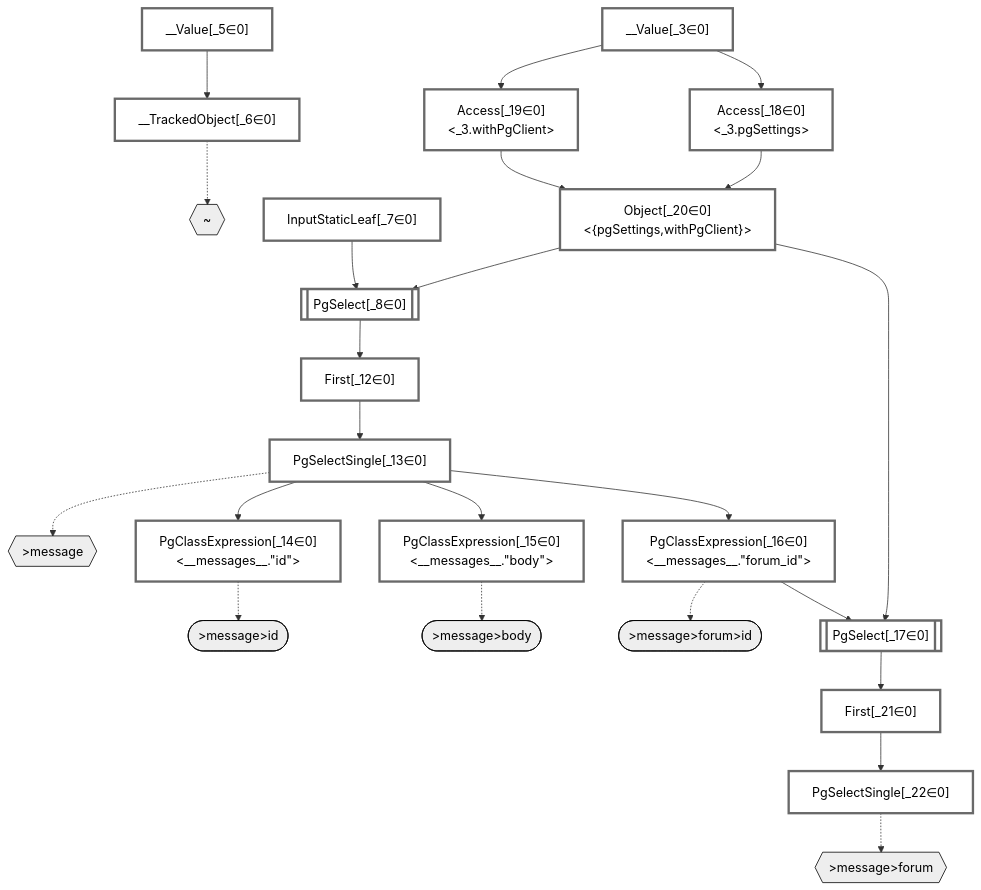
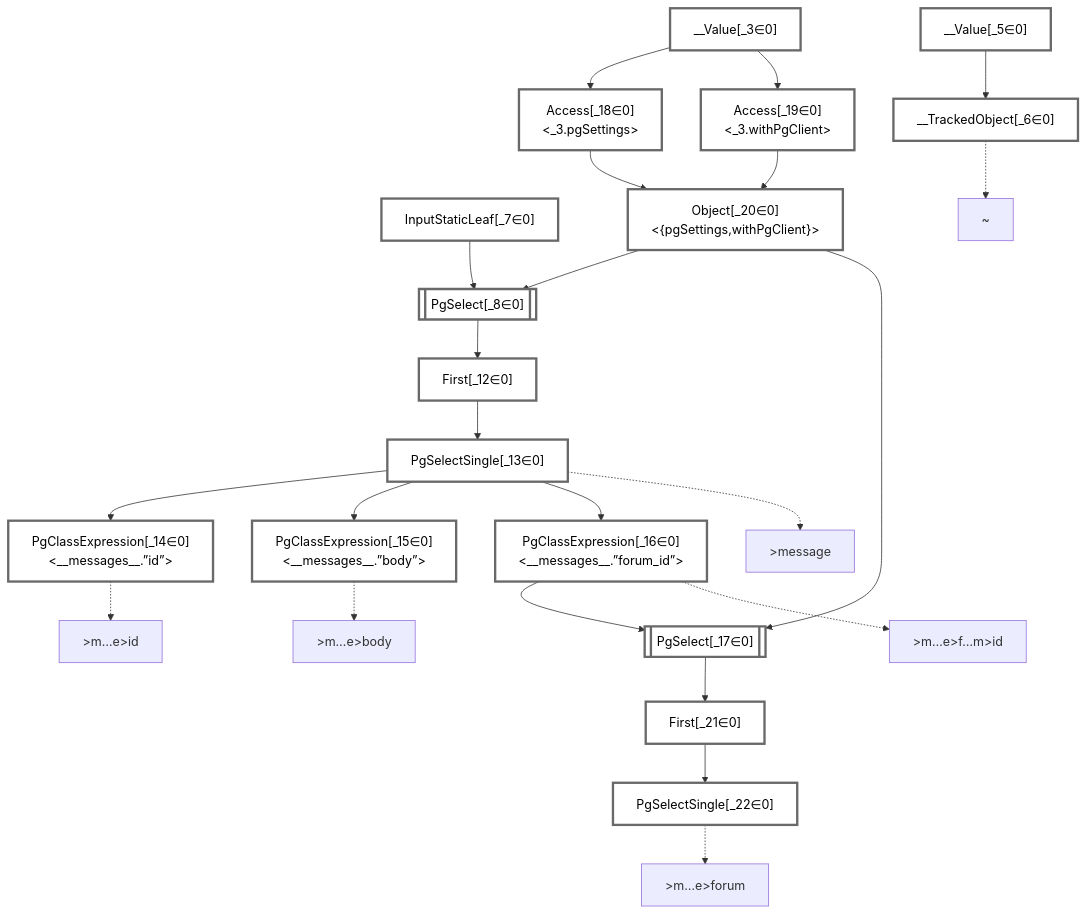
Before and after one commit to graphile/crystal: the diagram in packages/dataplan-pg/__tests__/queries/relations/basics-no-join-if-identical.deopt.mermaid.md, drawn with Mermaid. The commit also changed 195 other files, not shown here.

````diff
--- a/packages/dataplan-pg/__tests__/queries/relations/basics-no-join-if-identical.deopt.mermaid.md
+++ b/packages/dataplan-pg/__tests__/queries/relations/basics-no-join-if-identical.deopt.mermaid.md
@@ -1,70 +1,63 @@
 ```mermaid
 graph TD
     classDef path fill:#eee,stroke:#000,color:#000
     classDef plan fill:#fff,stroke-width:3px,color:#000
     classDef itemplan fill:#fff,stroke-width:6px,color:#000
     classDef sideeffectplan fill:#f00,stroke-width:6px,color:#000
     classDef bucket fill:#f6f6f6,color:#000,stroke-width:6px
 
-    %% subgraph fields
-    P1{{"~"}}:::path
-    P2{{">message"}}:::path
-    P3([">message>id"]):::path
-    %% P2 -.-> P3
-    P4([">message>body"]):::path
-    %% P2 -.-> P4
-    P5{{">message>forum"}}:::path
-    P6([">message>forum>id"]):::path
-    %% P5 -.-> P6
-    %% P2 -.-> P5
-    %% P1 -.-> P2
-    %% end
 
     %% define plans
     __Value_3["__Value[_3∈0]<br /><context>"]:::plan
     __Value_5["__Value[_5∈0]<br /><rootValue>"]:::plan
     __TrackedObject_6["__TrackedObject[_6∈0]"]:::plan
     InputStaticLeaf_7["InputStaticLeaf[_7∈0]"]:::plan
     PgSelect_8[["PgSelect[_8∈0]<br /><messages>"]]:::plan
     First_12["First[_12∈0]"]:::plan
     PgSelectSingle_13["PgSelectSingle[_13∈0]<br /><messages>"]:::plan
-    PgClassExpression_14["PgClassExpression[_14∈0]<br /><__messages__.#quot;id#quot;>"]:::plan
-    PgClassExpression_15["PgClassExpression[_15∈0]<br /><__messages__.#quot;body#quot;>"]:::plan
-    PgClassExpression_16["PgClassExpression[_16∈0]<br /><__messages__.#quot;forum_id#quot;>"]:::plan
+    PgClassExpression_14["PgClassExpression[_14∈0]<br /><__messages__.”id”>"]:::plan
+    PgClassExpression_15["PgClassExpression[_15∈0]<br /><__messages__.”body”>"]:::plan
+    PgClassExpression_16["PgClassExpression[_16∈0]<br /><__messages__.”forum_id”>"]:::plan
     PgSelect_17[["PgSelect[_17∈0]<br /><forums>"]]:::plan
     Access_18["Access[_18∈0]<br /><_3.pgSettings>"]:::plan
     Access_19["Access[_19∈0]<br /><_3.withPgClient>"]:::plan
     Object_20["Object[_20∈0]<br /><{pgSettings,withPgClient}>"]:::plan
     First_21["First[_21∈0]"]:::plan
     PgSelectSingle_22["PgSelectSingle[_22∈0]<br /><forums>"]:::plan
 
     %% plan dependencies
     __Value_5 --> __TrackedObject_6
     Object_20 --> PgSelect_8
     InputStaticLeaf_7 --> PgSelect_8
     PgSelect_8 --> First_12
     First_12 --> PgSelectSingle_13
     PgSelectSingle_13 --> PgClassExpression_14
     PgSelectSingle_13 --> PgClassExpression_15
     PgSelectSingle_13 --> PgClassExpression_16
     Object_20 --> PgSelect_17
     PgClassExpression_16 --> PgSelect_17
     __Value_3 --> Access_18
     __Value_3 --> Access_19
     Access_18 --> Object_20
     Access_19 --> Object_20
     PgSelect_17 --> First_21
     First_21 --> PgSelectSingle_22
 
     %% plan-to-path relationships
+    P1["~"]
     __TrackedObject_6 -.-> P1
+    P2[">message"]
     PgSelectSingle_13 -.-> P2
+    P3[">m…e>id"]
     PgClassExpression_14 -.-> P3
+    P4[">m…e>body"]
     PgClassExpression_15 -.-> P4
+    P5[">m…e>forum"]
     PgSelectSingle_22 -.-> P5
+    P6[">m…e>f…m>id"]
     PgClassExpression_16 -.-> P6
 
     %% allocate buckets
     classDef bucket0 stroke:#696969
     class __Value_3,__Value_5,__TrackedObject_6,InputStaticLeaf_7,PgSelect_8,First_12,PgSelectSingle_13,PgClassExpression_14,PgClassExpression_15,PgClassExpression_16,PgSelect_17,Access_18,Access_19,Object_20,First_21,PgSelectSingle_22 bucket0
 ```
````
